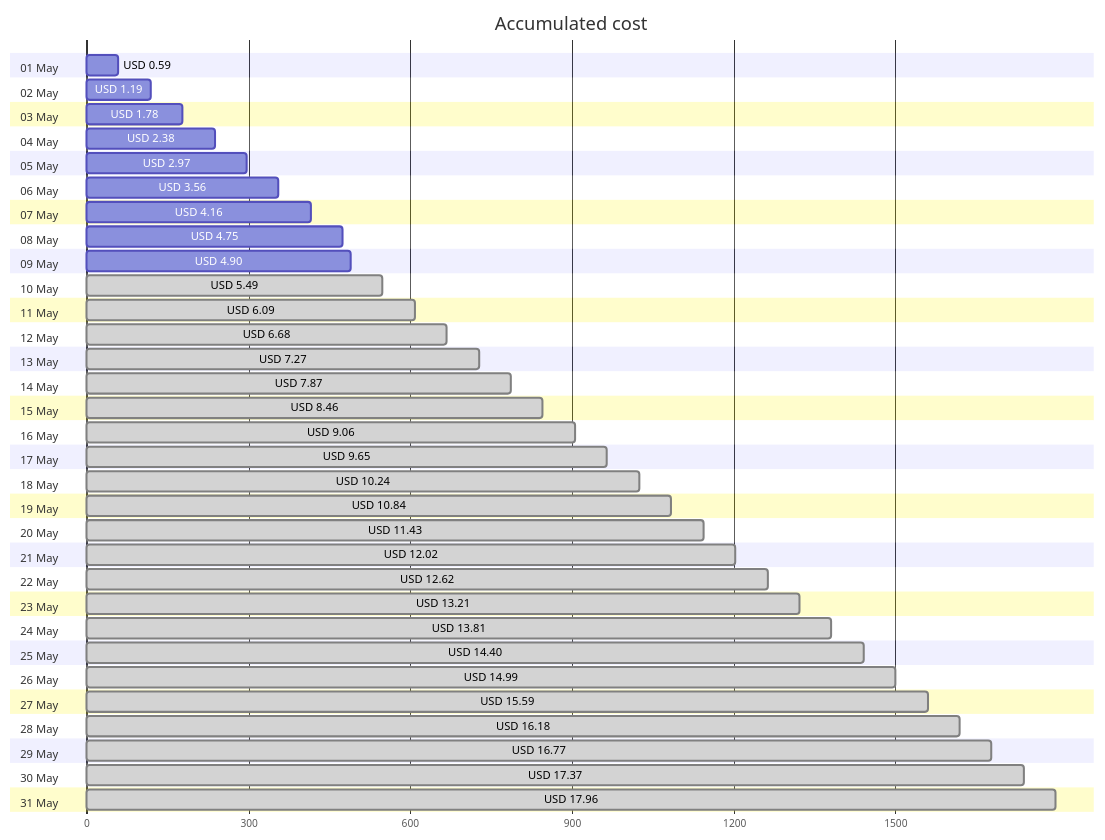
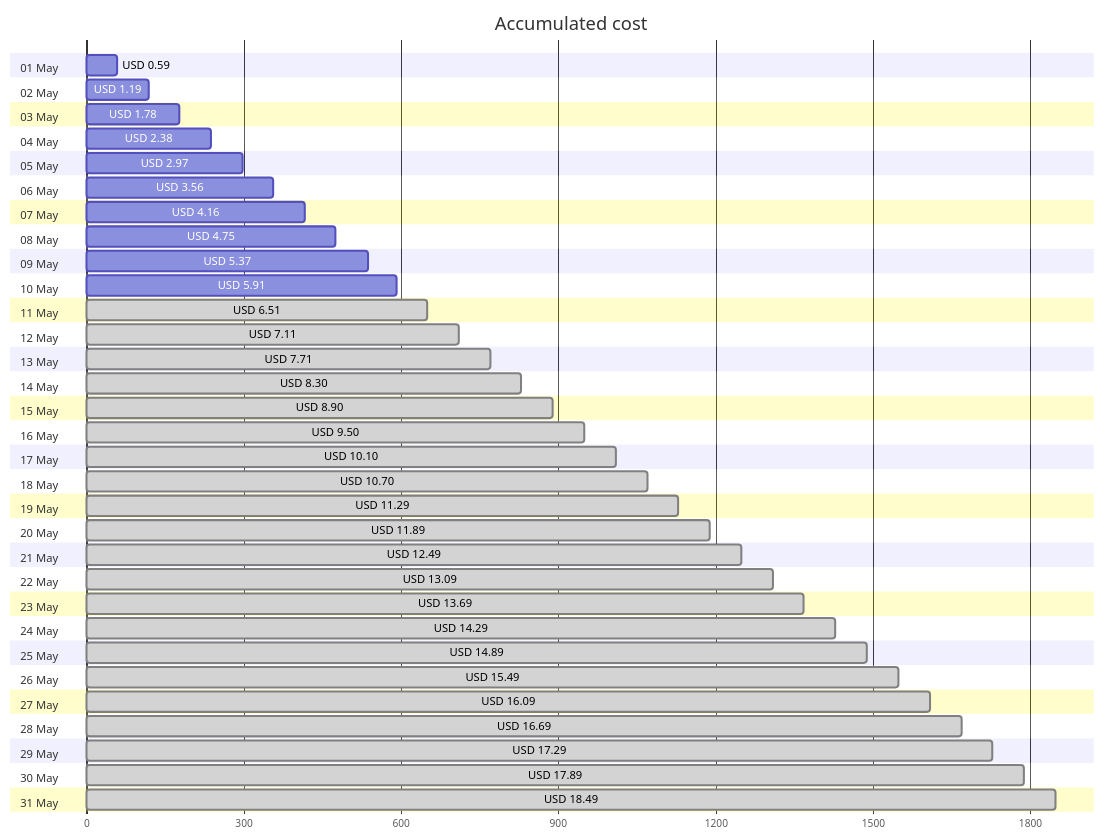
The first of 4 diagrams in cost-reports/personal-site/README.md (jpfulton/azure-personal-reports), drawn with Mermaid before and after one commit. The commit also changed other lines of this file and 6 other files, not shown here.

````diff
--- a/cost-reports/personal-site/README.md
+++ b/cost-reports/personal-site/README.md
@@ -20,68 +20,68 @@
 ```mermaid
 gantt
    title Accumulated cost
    dateFormat  X
    axisFormat %s
    section 01 May
    USD 0.59 :0, 59
    section 02 May
    USD 1.19 :0, 119
    section 03 May
    USD 1.78 :0, 178
    section 04 May
    USD 2.38 :0, 238
    section 05 May
    USD 2.97 :0, 297
    section 06 May
    USD 3.56 :0, 356
    section 07 May
    USD 4.16 :0, 416
    section 08 May
    USD 4.75 :0, 475
    section 09 May
-   USD 4.90 :0, 490
+   USD 5.37 :0, 537
    section 10 May
-   USD 5.49 : done, 0, 549
+   USD 5.91 :0, 591
    section 11 May
-   USD 6.09 : done, 0, 609
+   USD 6.51 : done, 0, 651
    section 12 May
-   USD 6.68 : done, 0, 668
+   USD 7.11 : done, 0, 711
    section 13 May
-   USD 7.27 : done, 0, 727
+   USD 7.71 : done, 0, 771
    section 14 May
-   USD 7.87 : done, 0, 787
+   USD 8.30 : done, 0, 830
    section 15 May
-   USD 8.46 : done, 0, 846
+   USD 8.90 : done, 0, 890
    section 16 May
-   USD 9.06 : done, 0, 906
+   USD 9.50 : done, 0, 950
    section 17 May
-   USD 9.65 : done, 0, 965
+   USD 10.10 : done, 0, 1010
    section 18 May
-   USD 10.24 : done, 0, 1024
+   USD 10.70 : done, 0, 1070
    section 19 May
-   USD 10.84 : done, 0, 1084
+   USD 11.29 : done, 0, 1129
    section 20 May
-   USD 11.43 : done, 0, 1143
+   USD 11.89 : done, 0, 1189
    section 21 May
-   USD 12.02 : done, 0, 1202
+   USD 12.49 : done, 0, 1249
    section 22 May
-   USD 12.62 : done, 0, 1262
+   USD 13.09 : done, 0, 1309
    section 23 May
-   USD 13.21 : done, 0, 1321
+   USD 13.69 : done, 0, 1369
    section 24 May
-   USD 13.81 : done, 0, 1381
+   USD 14.29 : done, 0, 1429
    section 25 May
-   USD 14.40 : done, 0, 1440
+   USD 14.89 : done, 0, 1489
    section 26 May
-   USD 14.99 : done, 0, 1499
+   USD 15.49 : done, 0, 1549
    section 27 May
-   USD 15.59 : done, 0, 1559
+   USD 16.09 : done, 0, 1609
    section 28 May
-   USD 16.18 : done, 0, 1618
+   USD 16.69 : done, 0, 1669
    section 29 May
-   USD 16.77 : done, 0, 1677
+   USD 17.29 : done, 0, 1729
    section 30 May
-   USD 17.37 : done, 0, 1737
+   USD 17.89 : done, 0, 1789
    section 31 May
-   USD 17.96 : done, 0, 1796
+   USD 18.49 : done, 0, 1849
 ```
````
